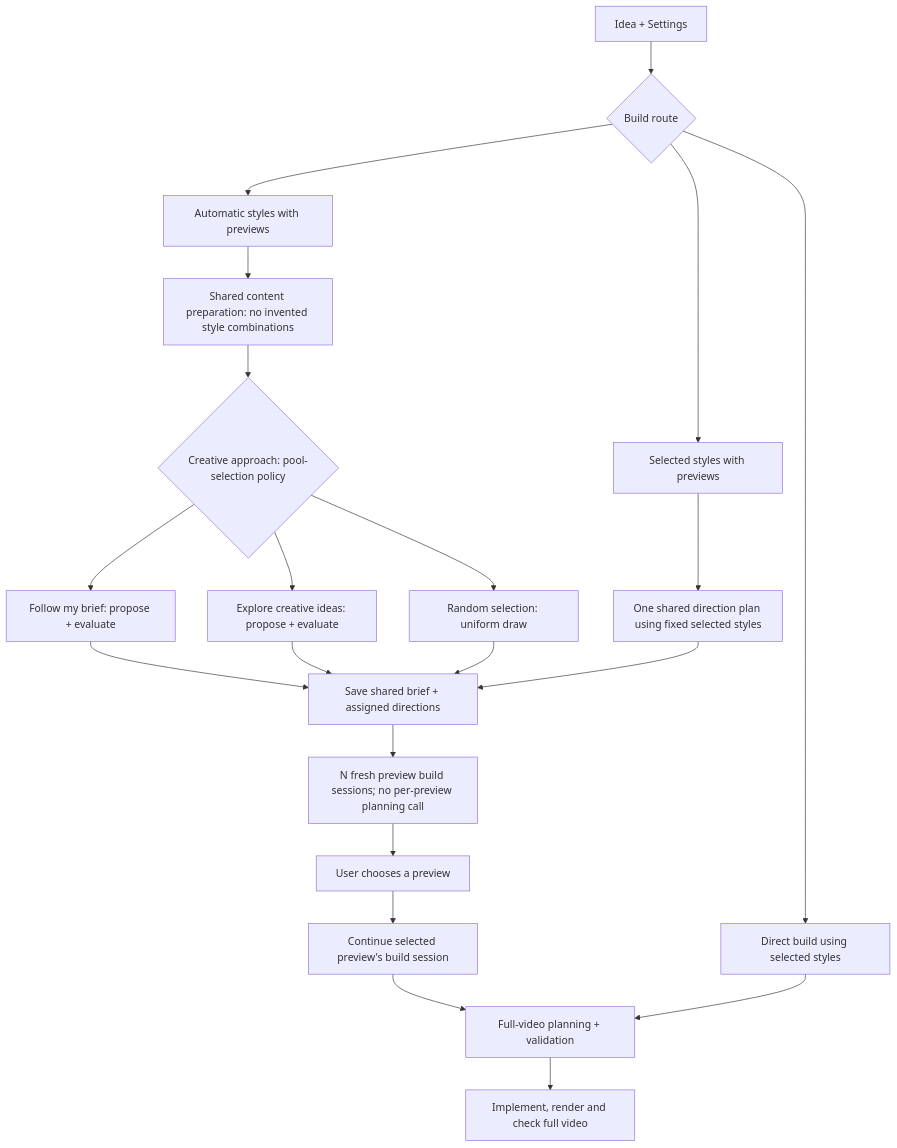
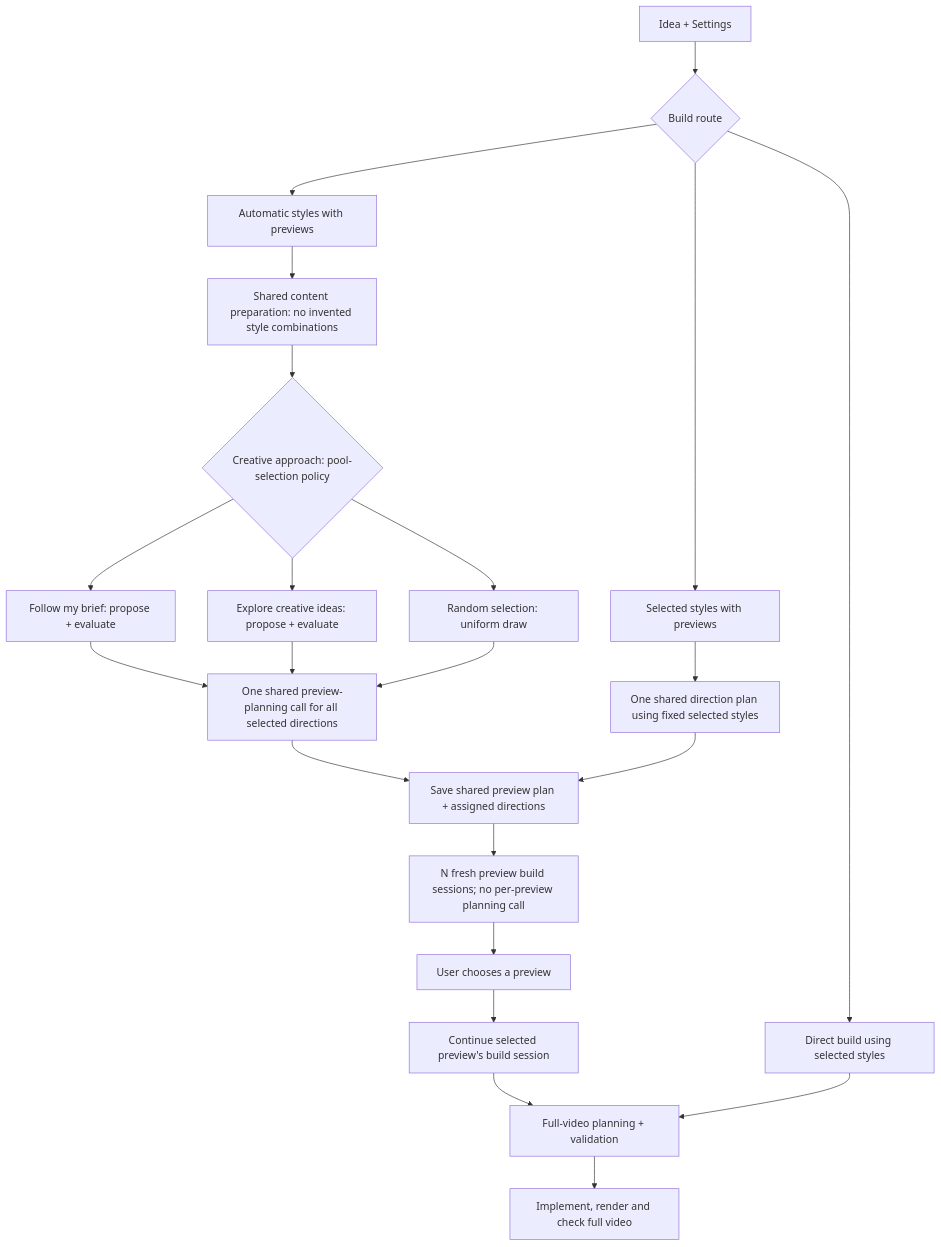
The diagram in docs/build-routes-and-creative-approaches.md (delexw/kiteva), drawn with Mermaid before and after one commit. The commit also changed other lines of this file and 215 other files, not shown here.

````diff
--- a/docs/build-routes-and-creative-approaches.md
+++ b/docs/build-routes-and-creative-approaches.md
@@ -42,25 +42,26 @@
 ```mermaid
 flowchart TD
   Request["Idea + Settings"] --> Route{"Build route"}
   Route --> Automatic["Automatic styles with previews"]
   Automatic --> Brief["Shared content preparation: no invented style combinations"]
   Brief --> Approach{"Creative approach: pool-selection policy"}
   Approach --> Follow["Follow my brief: propose + evaluate"]
   Approach --> Explore["Explore creative ideas: propose + evaluate"]
   Approach --> Random["Random selection: uniform draw"]
-  Follow --> Shared["Save shared brief + assigned directions"]
-  Explore --> Shared
-  Random --> Shared
+  Follow --> PreviewPlan["One shared preview-planning call for all selected directions"]
+  Explore --> PreviewPlan
+  Random --> PreviewPlan
+  PreviewPlan --> Shared["Save shared preview plan + assigned directions"]
 
   Route --> Selected["Selected styles with previews"]
   Selected --> Direction["One shared direction plan using fixed selected styles"]
   Direction --> Shared
   Shared --> Previews["N fresh preview build sessions; no per-preview planning call"]
   Previews --> Choice["User chooses a preview"]
   Choice --> Resume["Continue selected preview's build session"]
   Resume --> FullPlan["Full-video planning + validation"]
 
   Route --> Direct["Direct build using selected styles"]
   Direct --> FullPlan
   FullPlan --> Full["Implement, render and check full video"]
 ```
````
